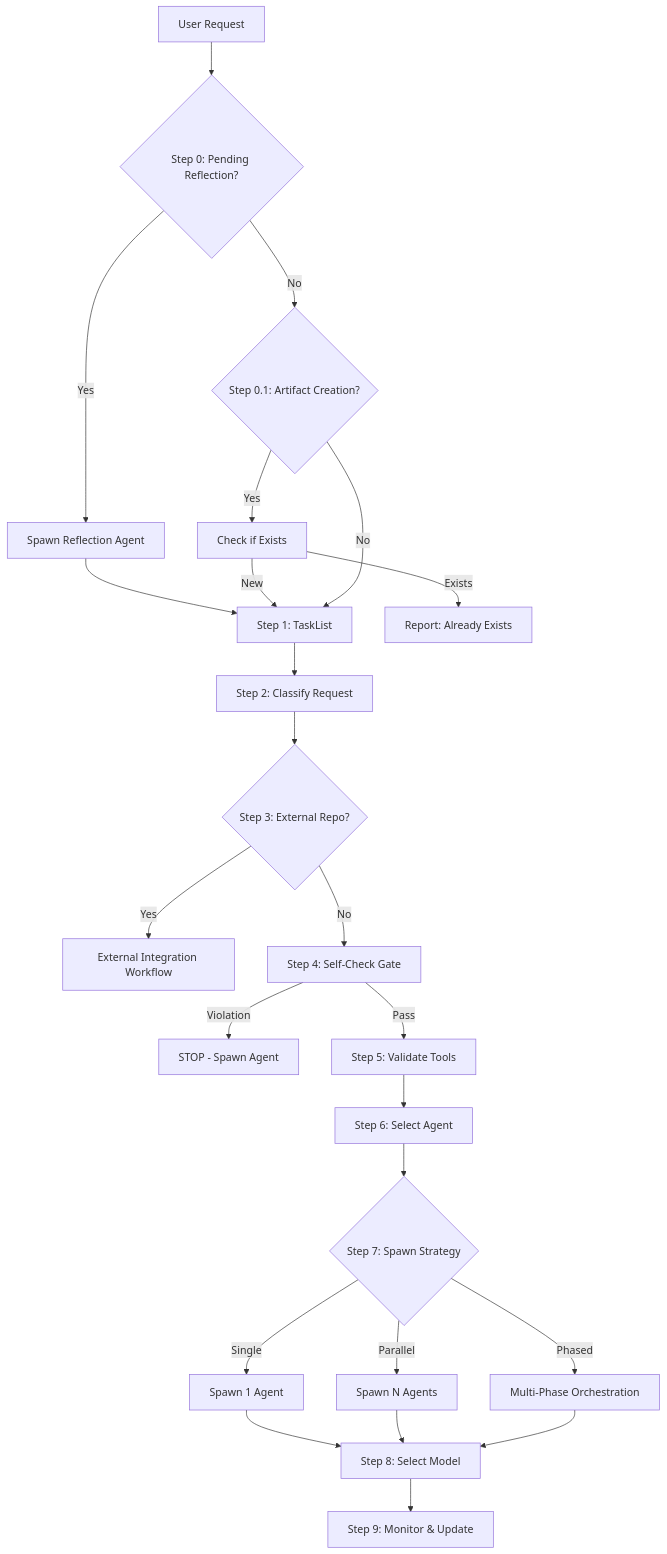
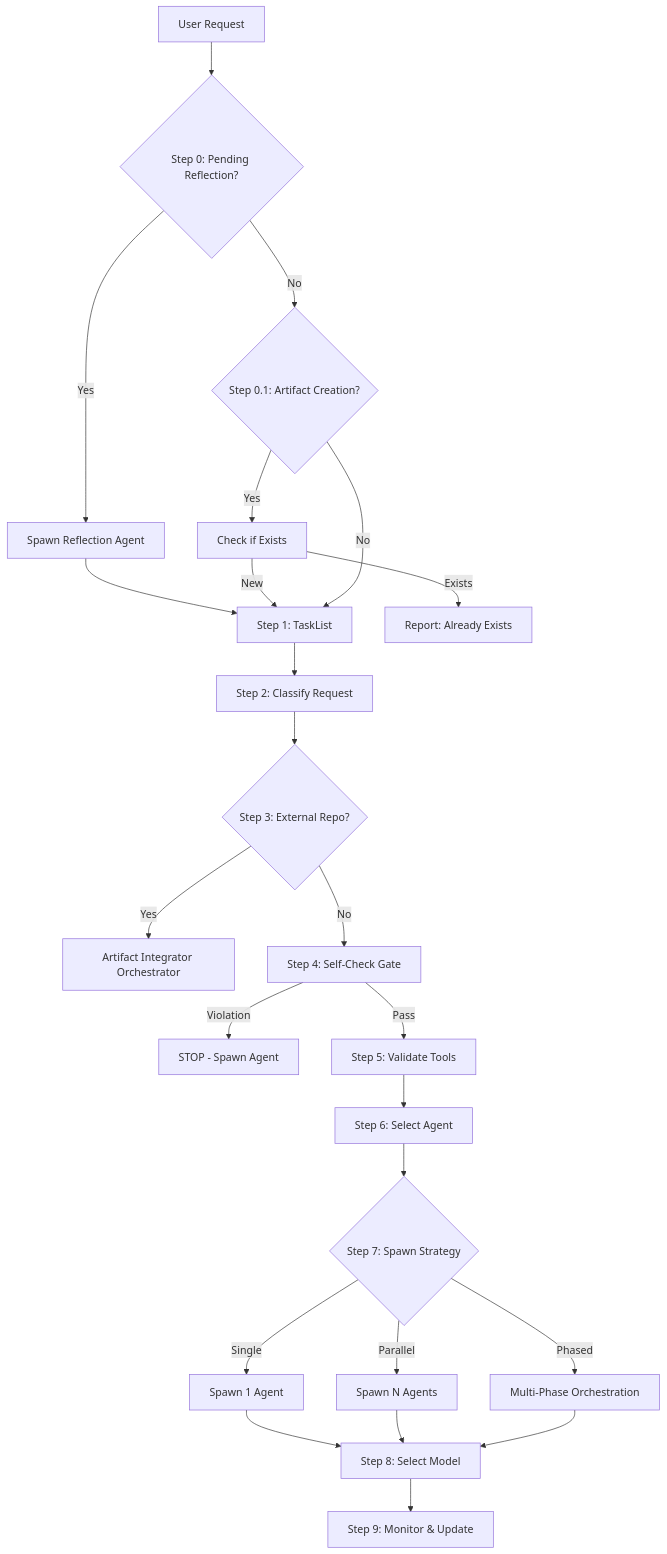
Before and after one commit to oimiragieo/LLM-RULES: the diagram in .claude/workflows/core/router-decision.md, drawn with Mermaid. The commit also changed other lines of this file and 41 other files, not shown here.

First line of the commit message:
fix: harden orchestrator routing flow and creator/updater integration

````diff
--- a/.claude/workflows/core/router-decision.md
+++ b/.claude/workflows/core/router-decision.md
@@ -32,26 +32,26 @@
 ```mermaid
 flowchart TD
     A[User Request] --> B0{Step 0: Pending Reflection?}
     B0 -->|Yes| C0[Spawn Reflection Agent]
     C0 --> E
     B0 -->|No| B{Step 0.1: Artifact Creation?}
     B -->|Yes| C[Check if Exists]
     C -->|Exists| D[Report: Already Exists]
     C -->|New| E[Step 1: TaskList]
     B -->|No| E
     E --> F[Step 2: Classify Request]
     F --> G{Step 3: External Repo?}
-    G -->|Yes| H[External Integration Workflow]
+    G -->|Yes| H[Artifact Integrator Orchestrator]
     G -->|No| I[Step 4: Self-Check Gate]
     I -->|Violation| J[STOP - Spawn Agent]
     I -->|Pass| K[Step 5: Validate Tools]
     K --> L[Step 6: Select Agent]
     L --> M{Step 7: Spawn Strategy}
     M -->|Single| N[Spawn 1 Agent]
     M -->|Parallel| O[Spawn N Agents]
     M -->|Phased| P[Multi-Phase Orchestration]
     N --> Q[Step 8: Select Model]
     O --> Q
     P --> Q
     Q --> R[Step 9: Monitor & Update]
 ```
````
